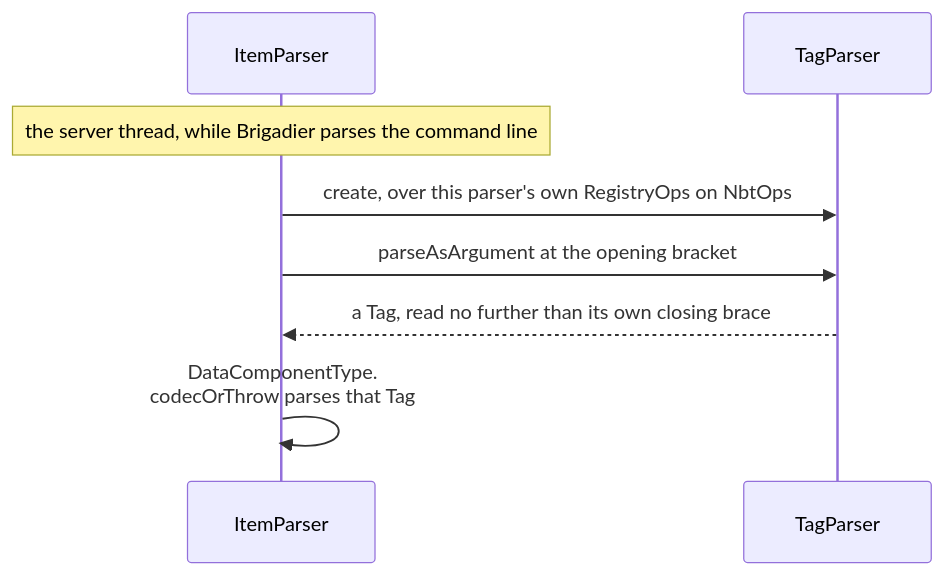
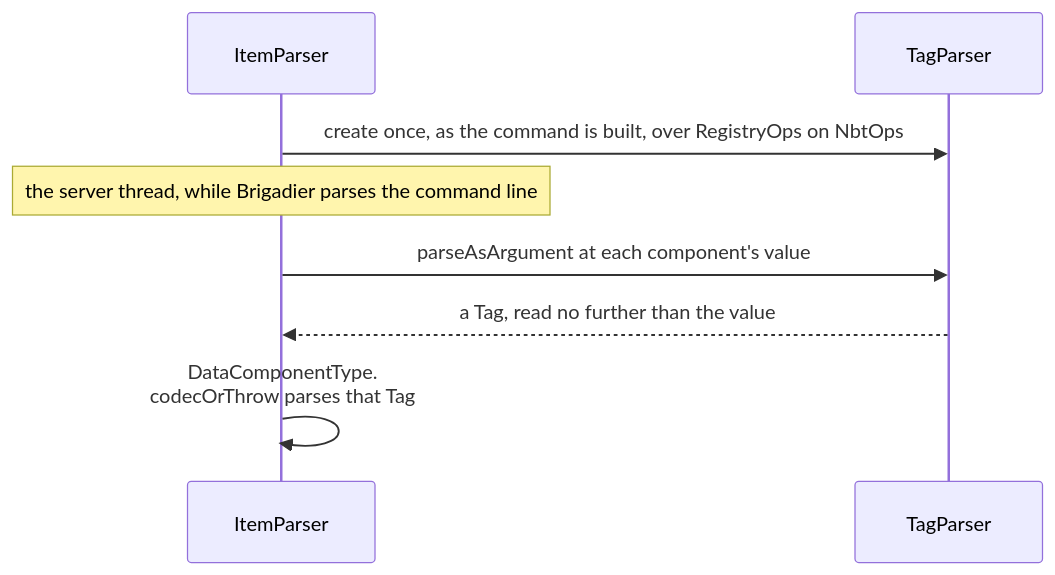
One commit to AlexanderjFraser/MinecraftDocs changed the fourth of 4 diagrams in src/systems/foundations/codecs-nbt-json.md. Above: the diagram before and after it, drawn with Mermaid. The commit also changed other lines of this file and 31 other files, not shown here.

````diff
--- a/src/systems/foundations/codecs-nbt-json.md
+++ b/src/systems/foundations/codecs-nbt-json.md
@@ -179,11 +181,11 @@
 ```mermaid
 sequenceDiagram
     participant IP as ItemParser
     participant TagP as TagParser
 
+    IP->>TagP: create once, as the command is built, over RegistryOps on NbtOps
     Note over IP: the server thread, while Brigadier parses the command line
-    IP->>TagP: create, over this parser's own RegistryOps on NbtOps
-    IP->>TagP: parseAsArgument at the opening bracket
-    TagP-->>IP: a Tag, read no further than its own closing brace
+    IP->>TagP: parseAsArgument at each component's value
+    TagP-->>IP: a Tag, read no further than the value
     IP->>IP: DataComponentType.<br/>codecOrThrow parses that Tag
 ```
````
